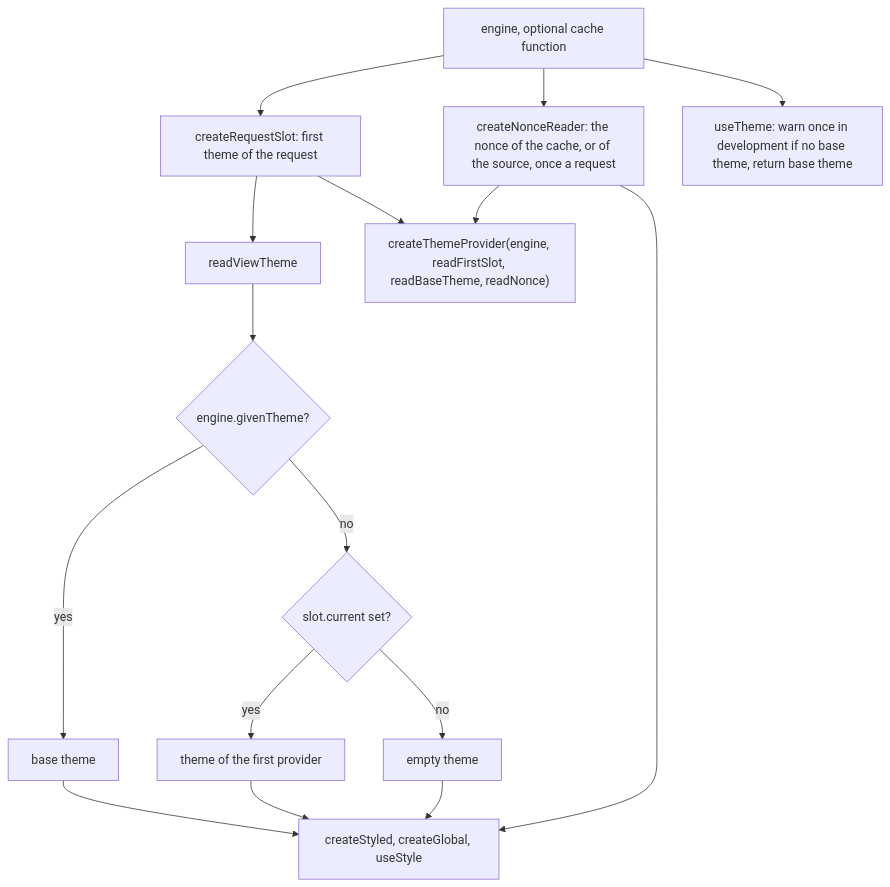
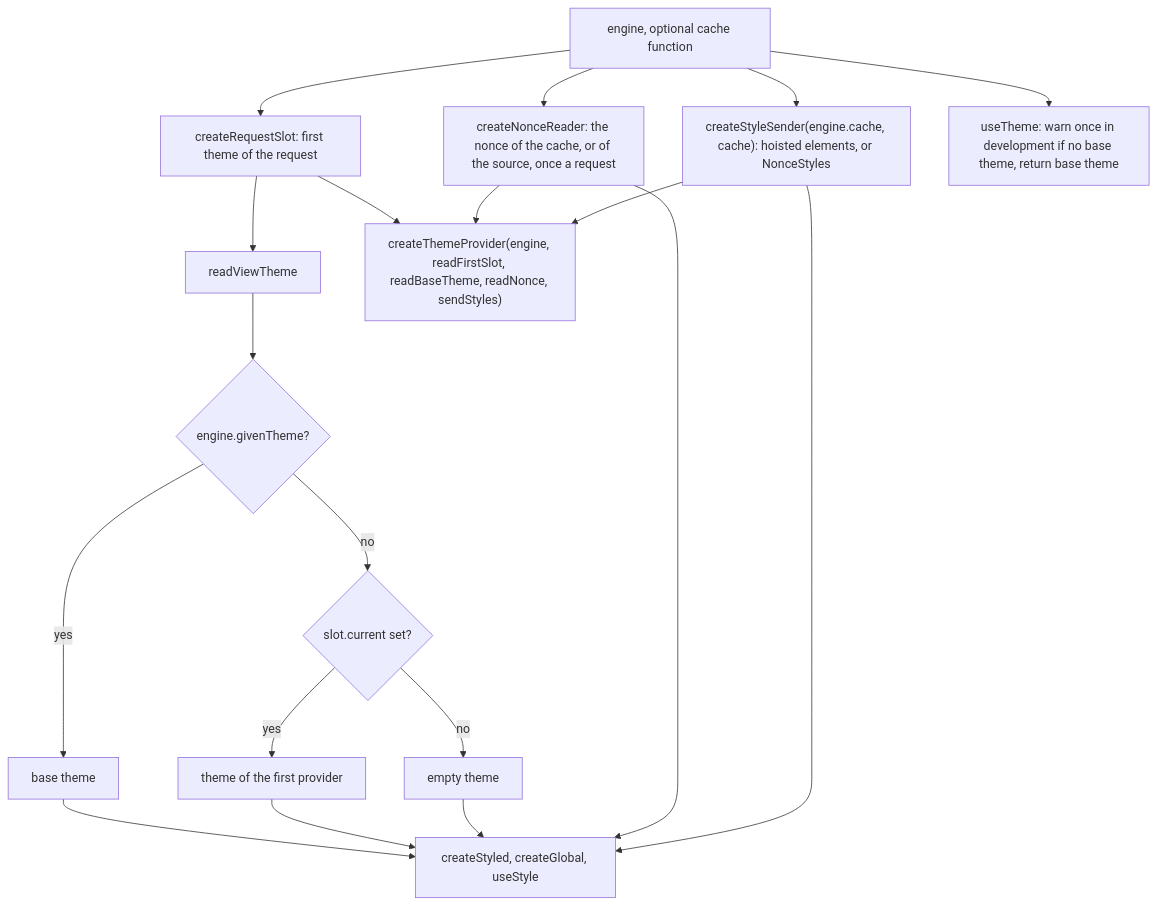
One commit to soroush-tech/umber-style changed the diagram in packages/react/src/createStyle.server.md. Above: the diagram before and after it, drawn with Mermaid. The commit also changed other lines of this file and 67 other files, not shown here.

Commit message:
feat: a page of server components keeps its styles under a strict nonce policy on Next.js, from a source or a fixed nonce, and a warm render does not redo the value repair and style elements of classes it has - close #66, close #68

````diff
--- a/packages/react/src/createStyle.server.md
+++ b/packages/react/src/createStyle.server.md
@@ -25,18 +28,21 @@
 ```mermaid
 flowchart TD
   engine["engine, optional cache function"] --> slot["createRequestSlot: first theme of the request"]
   slot --> viewTheme["readViewTheme"]
   viewTheme --> base{"engine.givenTheme?"}
   base -->|yes| useBase["base theme"]
   base -->|no| first{"slot.current set?"}
   first -->|yes| useFirst["theme of the first provider"]
   first -->|no| empty["empty theme"]
   useBase --> parts["createStyled, createGlobal, useStyle"]
   useFirst --> parts
   empty --> parts
-  slot --> provider["createThemeProvider(engine, readFirstSlot, readBaseTheme, readNonce)"]
+  slot --> provider["createThemeProvider(engine, readFirstSlot, readBaseTheme, readNonce, sendStyles)"]
   engine --> nonce["createNonceReader: the nonce of the cache, or of the source, once a request"]
   nonce --> parts
   nonce --> provider
+  engine --> sender["createStyleSender(engine.cache, cache): hoisted elements, or NonceStyles"]
+  sender --> parts
+  sender --> provider
   engine --> useTheme["useTheme: warn once in development if no base theme, return base theme"]
 ```
````
